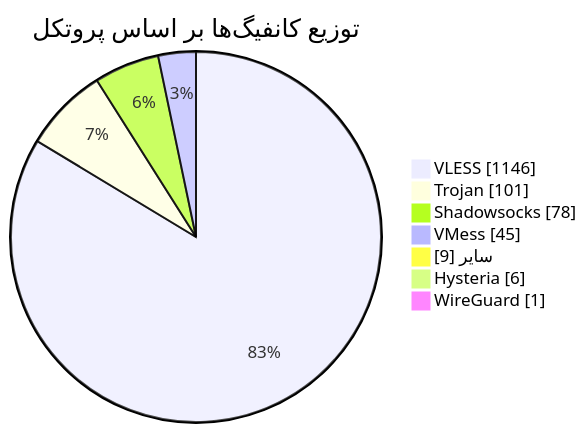
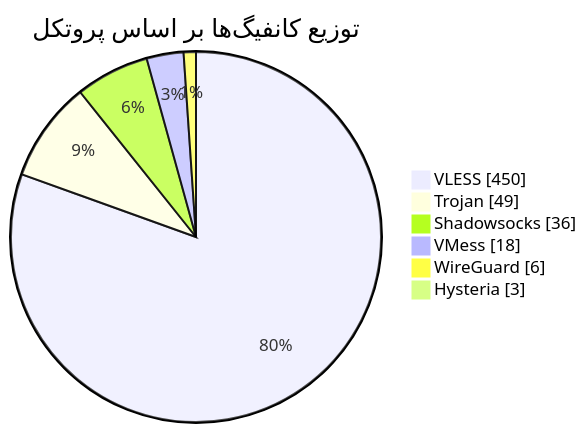
One commit to Arian-Alijani/Somthing changed the diagram in README.md. Above: the diagram before and after it, drawn with Mermaid. The commit also changed other lines of this file and 117 other files, not shown here.

````diff
--- a/README.md
+++ b/README.md
@@ -49,11 +48,10 @@
 ```mermaid
 pie showData
     title توزیع کانفیگ‌ها بر اساس پروتکل
-    "VLESS" : 1146
-    "Trojan" : 101
-    "Shadowsocks" : 78
-    "VMess" : 45
-    "سایر" : 9
-    "Hysteria" : 6
-    "WireGuard" : 1
+    "VLESS" : 450
+    "Trojan" : 49
+    "Shadowsocks" : 36
+    "VMess" : 18
+    "WireGuard" : 6
+    "Hysteria" : 3
 ```
````
